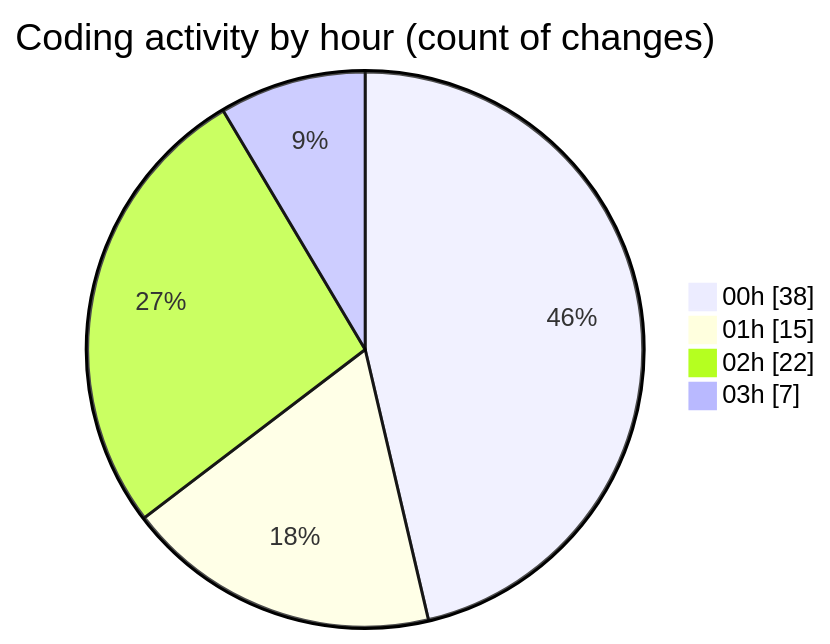
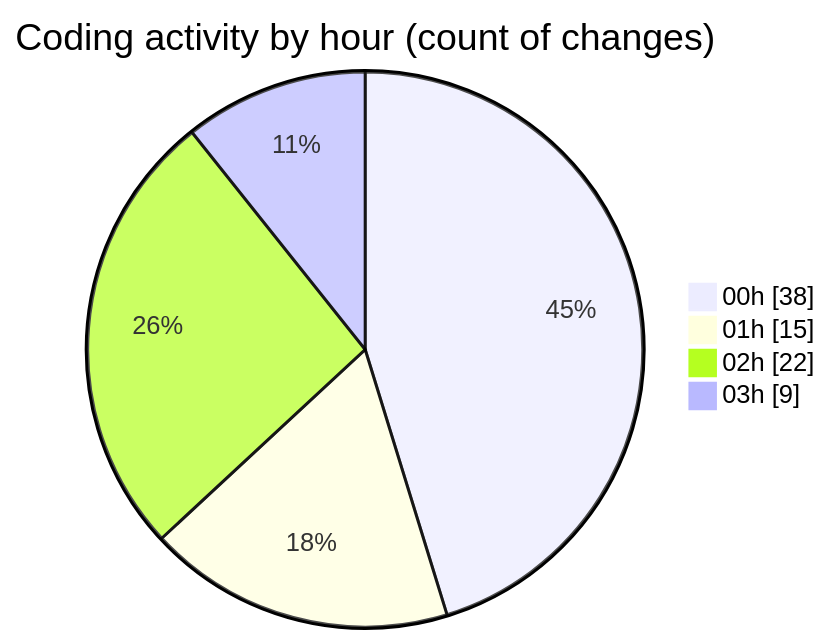
Before and after one commit to donsfak/code-tracking: the second of 2 diagrams in 2025-03-08/uber_clone/README.md, drawn with Mermaid. The commit also changed other lines of this file and 1 other file, not shown here.

````diff
--- a/2025-03-08/uber_clone/README.md
+++ b/2025-03-08/uber_clone/README.md
@@ -34,8 +34,8 @@
 ```mermaid
 pie showData
 title Coding activity by hour (count of changes)
 "00h" : 38
 "01h" : 15
 "02h" : 22
-"03h" : 7
+"03h" : 9
 ```
````
